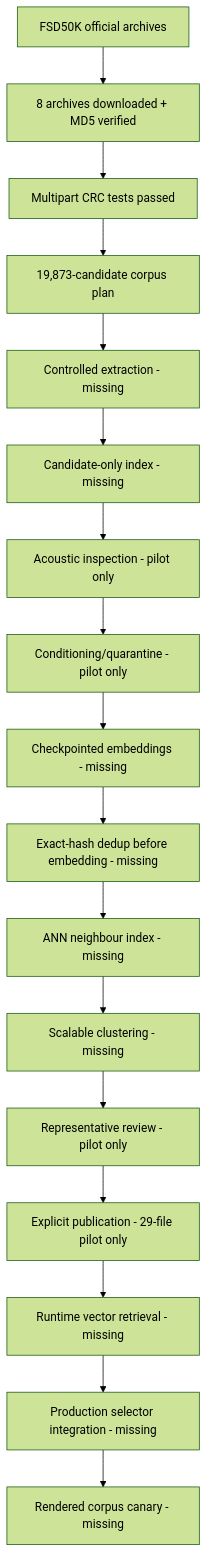
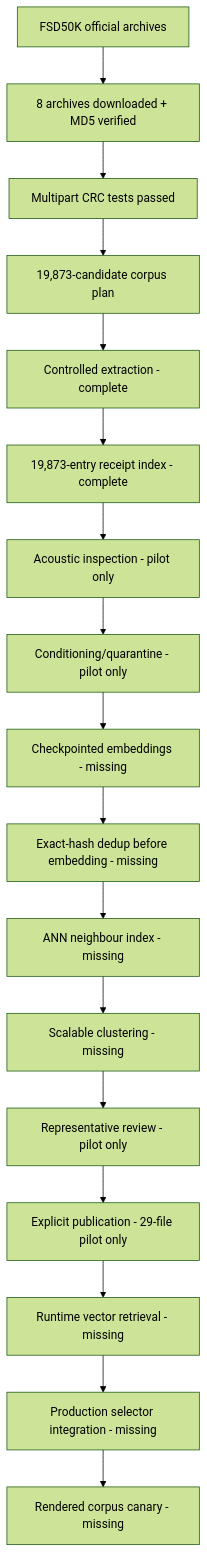
Before and after one commit to HAUNTING-EYES/insturix: the third of 3 diagrams in docs/AUDIO_SFX_PRODUCTION_AUDIT_2026-07-28.md, drawn with Mermaid (forest theme). The commit also changed other lines of this file and 4 other files, not shown here.

````diff
--- a/docs/AUDIO_SFX_PRODUCTION_AUDIT_2026-07-28.md
+++ b/docs/AUDIO_SFX_PRODUCTION_AUDIT_2026-07-28.md
@@ -215,19 +215,19 @@
 ```mermaid
 flowchart TD
   A["FSD50K official archives"] --> B["8 archives downloaded + MD5 verified"]
   B --> C["Multipart CRC tests passed"]
   C --> D["19,873-candidate corpus plan"]
-  D --> E["Controlled extraction - missing"]
-  E --> F["Candidate-only index - missing"]
+  D --> E["Controlled extraction - complete"]
+  E --> F["19,873-entry receipt index - complete"]
   F --> G["Acoustic inspection - pilot only"]
   G --> H["Conditioning/quarantine - pilot only"]
   H --> I["Checkpointed embeddings - missing"]
   I --> J["Exact-hash dedup before embedding - missing"]
   J --> K["ANN neighbour index - missing"]
   K --> L["Scalable clustering - missing"]
   L --> M["Representative review - pilot only"]
   M --> N["Explicit publication - 29-file pilot only"]
   N --> O["Runtime vector retrieval - missing"]
   O --> P["Production selector integration - missing"]
   P --> Q["Rendered corpus canary - missing"]
 ```
````
